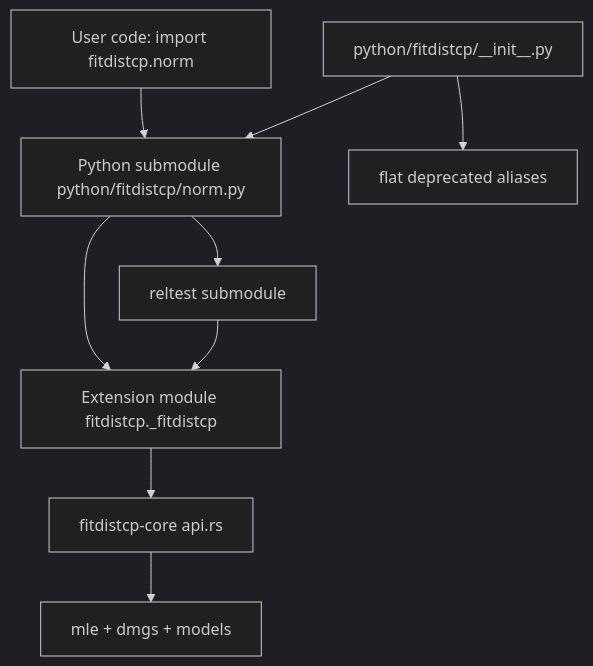
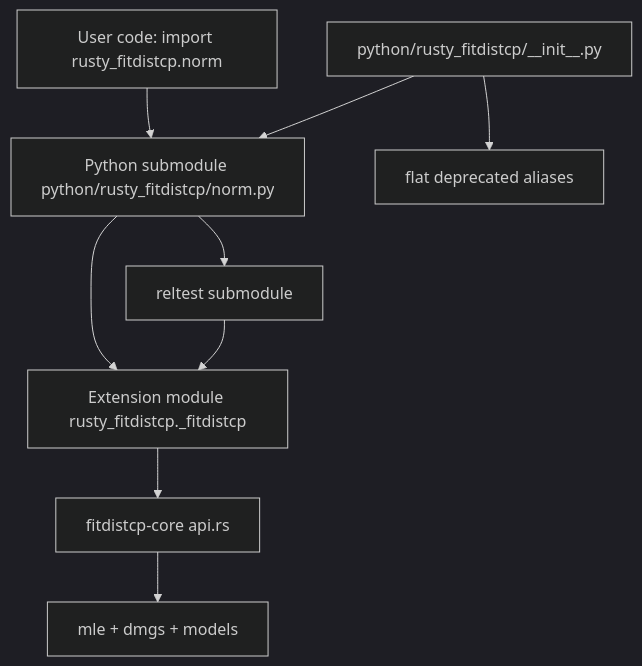
Before and after one commit to vdog/rusty-fitdistcp: the diagram in plans/fitdistcp-py-phase-b-implementation.md, drawn with Mermaid (dark theme). The commit also changed other lines of this file and 35 other files, not shown here.

Commit message:
reference rusty in R and python module names

````diff
--- a/plans/fitdistcp-py-phase-b-implementation.md
+++ b/plans/fitdistcp-py-phase-b-implementation.md
@@ -42,11 +42,11 @@
 ```mermaid
 graph TD
-    A[User code: import fitdistcp.norm] --> B[Python submodule python/fitdistcp/norm.py]
-    B --> C[Extension module fitdistcp._fitdistcp]
+    A[User code: import rusty_fitdistcp.norm] --> B[Python submodule python/rusty_fitdistcp/norm.py]
+    B --> C[Extension module rusty_fitdistcp._fitdistcp]
     C --> D[fitdistcp-core api.rs]
     D --> E[mle + dmgs + models]
     B --> F[reltest submodule]
     F --> C
-    G[python/fitdistcp/__init__.py] --> B
+    G[python/rusty_fitdistcp/__init__.py] --> B
     G --> H[flat deprecated aliases]
 ```
````
